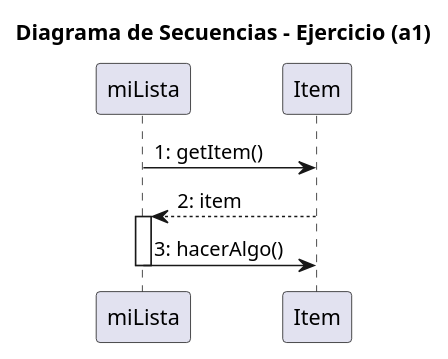
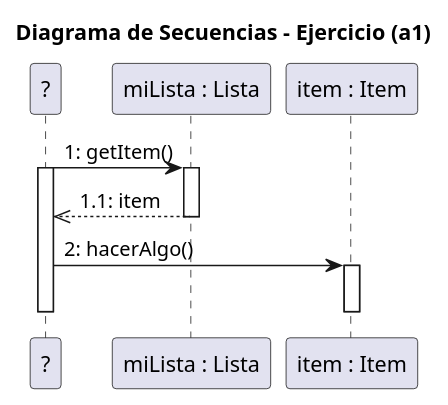
The diagram in docs/diagrams/P3-a1.plantuml (rahigrim/IS-022023), drawn with PlantUML before and after one commit. The commit also changed 1 other file, not shown here.

Commit message:
--FIXED/Understood-- | UNKNOWN Sequence Initiator

```diff
--- a/docs/diagrams/P3-a1.plantuml
+++ b/docs/diagrams/P3-a1.plantuml
@@ -1,13 +1,29 @@
 @startuml
 title Diagrama de Secuencias - Ejercicio (a1)
 
-participant "miLista" as M
-participant "Item" as A
+/' Initiator-Trigger is actually UNKNOWN 
+in (miLista.getItem()).hacerAlgo().
+Iniciador desconocido.'/
 
-M -> A : 1: getItem()
-A --> M : 2: item 
-activate M 
-M -> A : 3: hacerAlgo()
+/' Previous errors --> Uncertainty of Initiator.
+ Insightful understanding via Answer keys document'/
+
+participant "?" as Unknown
+participant "miLista : Lista" as M
+participant "item : Item" as I
+
+
+Unknown -> M : 1: getItem()
+activate Unknown
+activate M
+M -->> Unknown : 1.1: item 
 deactivate M 
 
+Unknown -> I : 2: hacerAlgo()
+activate I
+deactivate M 
+deactivate I
+deactivate Unknown 
+
+
 @enduml
```
